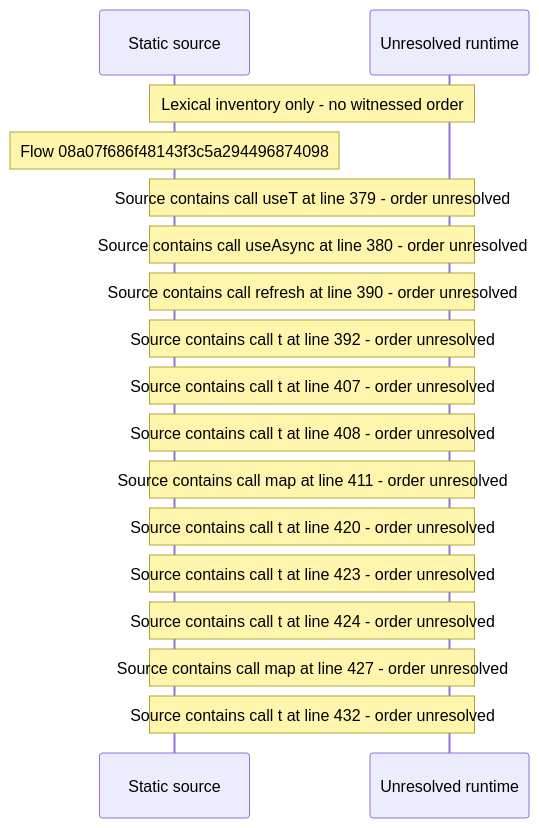
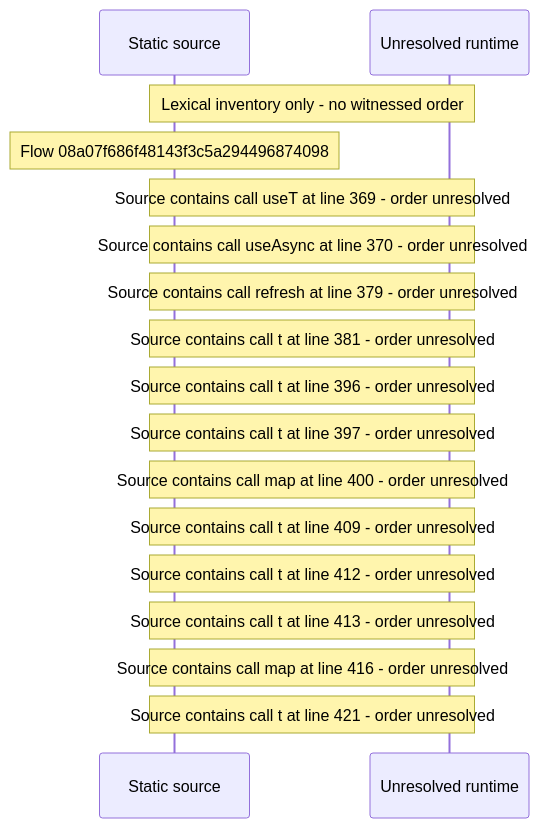
Before and after one commit to beamfall/core: the diagram in docs/web/flows/generated/08a07f686f48143f3c5a294496874098/flow-diagram.md, drawn with Mermaid. The commit also changed other lines of this file and 715 other files, not shown here.

First line of the commit message:
Regenerate the web flow record on main after CORE-1117

````diff
--- a/docs/web/flows/generated/08a07f686f48143f3c5a294496874098/flow-diagram.md
+++ b/docs/web/flows/generated/08a07f686f48143f3c5a294496874098/flow-diagram.md
@@ -10,19 +10,19 @@
 ```mermaid
 sequenceDiagram
     participant S as Static source
     participant U as Unresolved runtime
     Note over S,U: Lexical inventory only - no witnessed order
     Note over S: Flow 08a07f686f48143f3c5a294496874098
-    Note over S,U: Source contains call useT at line 379 - order unresolved
-    Note over S,U: Source contains call useAsync at line 380 - order unresolved
-    Note over S,U: Source contains call refresh at line 390 - order unresolved
-    Note over S,U: Source contains call t at line 392 - order unresolved
-    Note over S,U: Source contains call t at line 407 - order unresolved
-    Note over S,U: Source contains call t at line 408 - order unresolved
-    Note over S,U: Source contains call map at line 411 - order unresolved
-    Note over S,U: Source contains call t at line 420 - order unresolved
-    Note over S,U: Source contains call t at line 423 - order unresolved
-    Note over S,U: Source contains call t at line 424 - order unresolved
-    Note over S,U: Source contains call map at line 427 - order unresolved
-    Note over S,U: Source contains call t at line 432 - order unresolved
+    Note over S,U: Source contains call useT at line 369 - order unresolved
+    Note over S,U: Source contains call useAsync at line 370 - order unresolved
+    Note over S,U: Source contains call refresh at line 379 - order unresolved
+    Note over S,U: Source contains call t at line 381 - order unresolved
+    Note over S,U: Source contains call t at line 396 - order unresolved
+    Note over S,U: Source contains call t at line 397 - order unresolved
+    Note over S,U: Source contains call map at line 400 - order unresolved
+    Note over S,U: Source contains call t at line 409 - order unresolved
+    Note over S,U: Source contains call t at line 412 - order unresolved
+    Note over S,U: Source contains call t at line 413 - order unresolved
+    Note over S,U: Source contains call map at line 416 - order unresolved
+    Note over S,U: Source contains call t at line 421 - order unresolved
 ```
````
